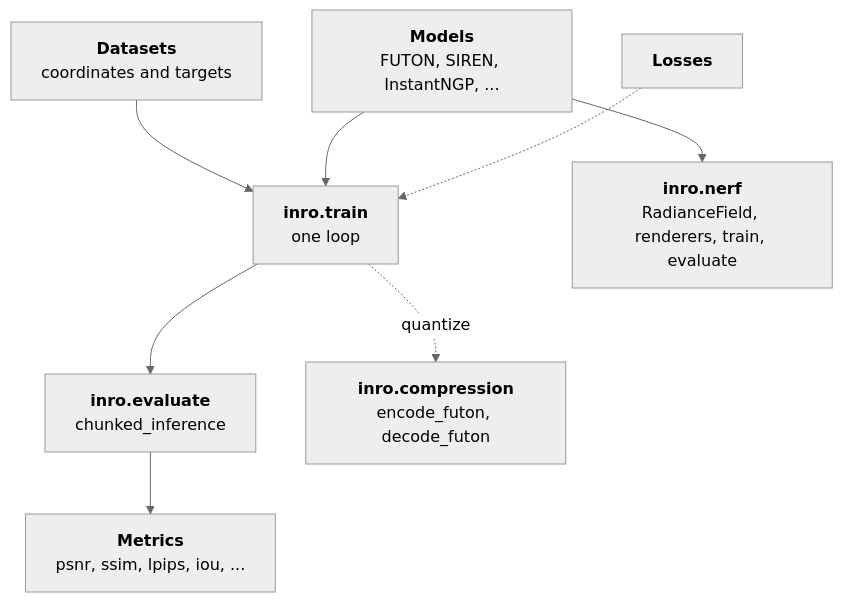
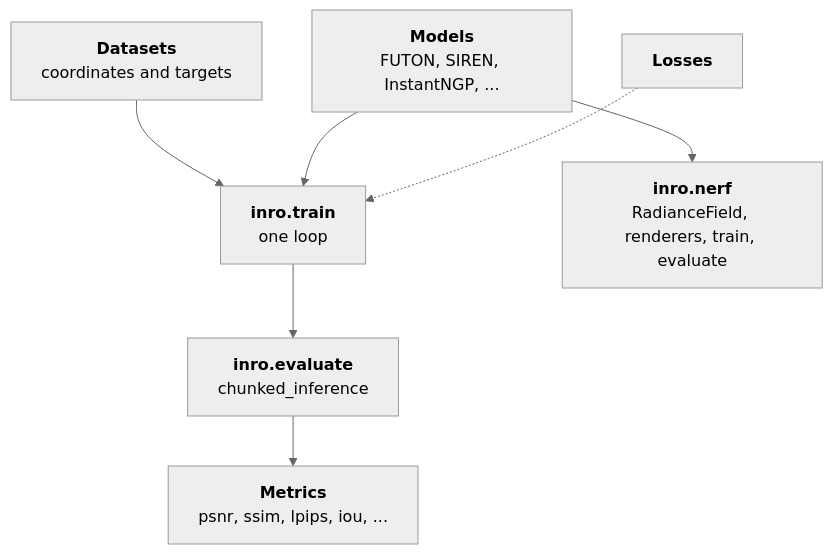
The diagram in docs/concepts/inrs.md (pashtari/inro), drawn with Mermaid (neutral theme) before and after one commit. The commit also changed other lines of this file and 64 other files, not shown here.

````diff
--- a/docs/concepts/inrs.md
+++ b/docs/concepts/inrs.md
@@ -41,10 +41,9 @@
 ```mermaid
 flowchart TB
     datasets["<b>Datasets</b><br/>coordinates and targets"] --> train["<b>inro.train</b><br/>one loop"]
     models["<b>Models</b><br/>FUTON, SIREN, InstantNGP, ..."] --> train
     losses["<b>Losses</b>"] -.-> train
     train --> evaluate["<b>inro.evaluate</b><br/>chunked_inference"]
     evaluate --> metrics["<b>Metrics</b><br/>psnr, ssim, lpips, iou, ..."]
-    train -. quantize .-> compression["<b>inro.compression</b><br/>encode_futon, decode_futon"]
     models --> field["<b>inro.nerf</b><br/>RadianceField, renderers, train, evaluate"]
 ```
````
